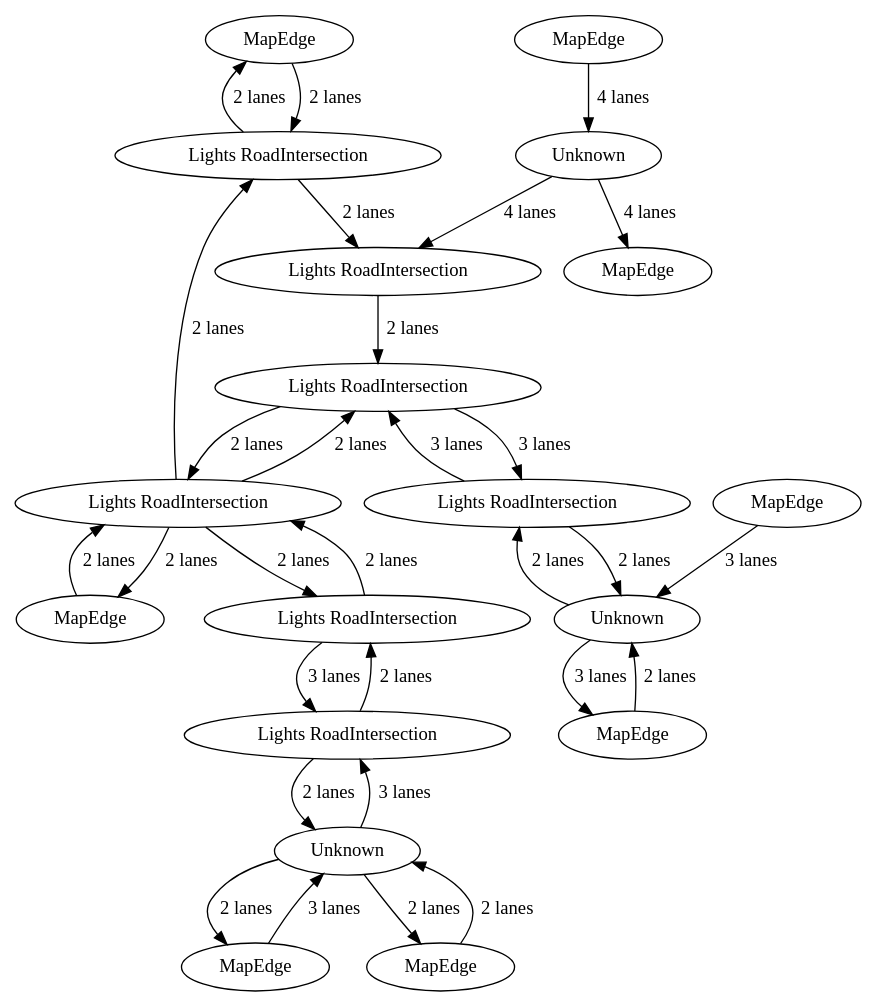
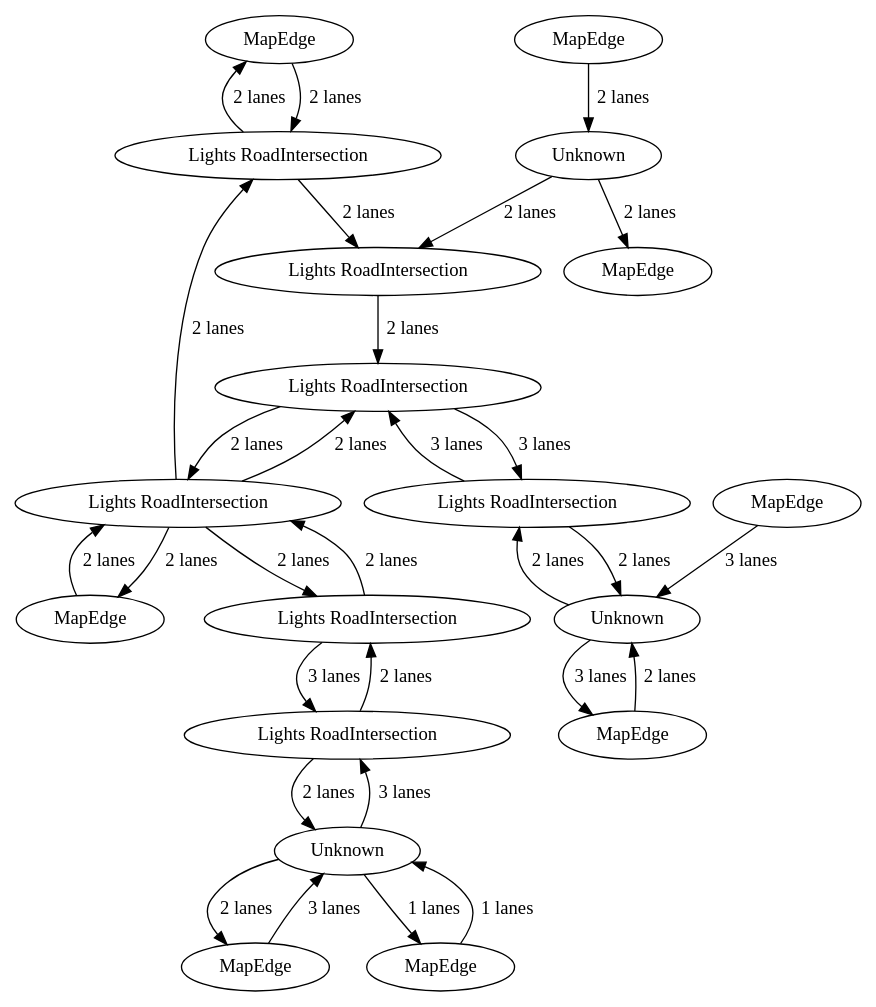
Before and after one commit to a-b-street/osm2streets: the diagram in src/bristol_sausage_links/road_network.dot, drawn with Graphviz. The commit also changed 13 other files, not shown here.

```diff
--- a/src/bristol_sausage_links/road_network.dot
+++ b/src/bristol_sausage_links/road_network.dot
@@ -1,49 +1,49 @@
 digraph {
     0 [ label = "MapEdge" ]
     1 [ label = "Lights RoadIntersection" ]
     2 [ label = "MapEdge" ]
     3 [ label = "MapEdge" ]
     4 [ label = "Unknown" ]
     5 [ label = "Lights RoadIntersection" ]
     6 [ label = "Lights RoadIntersection" ]
     7 [ label = "Unknown" ]
     8 [ label = "MapEdge" ]
     9 [ label = "MapEdge" ]
     10 [ label = "MapEdge" ]
     11 [ label = "Lights RoadIntersection" ]
     12 [ label = "Lights RoadIntersection" ]
     13 [ label = "Lights RoadIntersection" ]
     14 [ label = "Lights RoadIntersection" ]
     15 [ label = "MapEdge" ]
     16 [ label = "Unknown" ]
     17 [ label = "MapEdge" ]
     0 -> 1 [ label = "2 lanes" ]
     1 -> 0 [ label = "2 lanes" ]
     2 -> 6 [ label = "2 lanes" ]
     6 -> 2 [ label = "2 lanes" ]
     3 -> 4 [ label = "3 lanes" ]
-    8 -> 7 [ label = "4 lanes" ]
-    7 -> 9 [ label = "4 lanes" ]
+    8 -> 7 [ label = "2 lanes" ]
+    7 -> 9 [ label = "2 lanes" ]
     11 -> 12 [ label = "3 lanes" ]
     12 -> 11 [ label = "2 lanes" ]
     11 -> 6 [ label = "2 lanes" ]
     6 -> 11 [ label = "2 lanes" ]
     10 -> 16 [ label = "3 lanes" ]
     16 -> 10 [ label = "2 lanes" ]
     16 -> 12 [ label = "3 lanes" ]
     12 -> 16 [ label = "2 lanes" ]
     13 -> 5 [ label = "3 lanes" ]
     5 -> 13 [ label = "3 lanes" ]
     6 -> 13 [ label = "2 lanes" ]
     13 -> 6 [ label = "2 lanes" ]
     1 -> 14 [ label = "2 lanes" ]
     6 -> 1 [ label = "2 lanes" ]
-    16 -> 15 [ label = "2 lanes" ]
-    15 -> 16 [ label = "2 lanes" ]
+    16 -> 15 [ label = "1 lanes" ]
+    15 -> 16 [ label = "1 lanes" ]
     14 -> 13 [ label = "2 lanes" ]
     5 -> 4 [ label = "2 lanes" ]
     4 -> 5 [ label = "2 lanes" ]
     4 -> 17 [ label = "3 lanes" ]
     17 -> 4 [ label = "2 lanes" ]
-    7 -> 14 [ label = "4 lanes" ]
+    7 -> 14 [ label = "2 lanes" ]
 }
```
